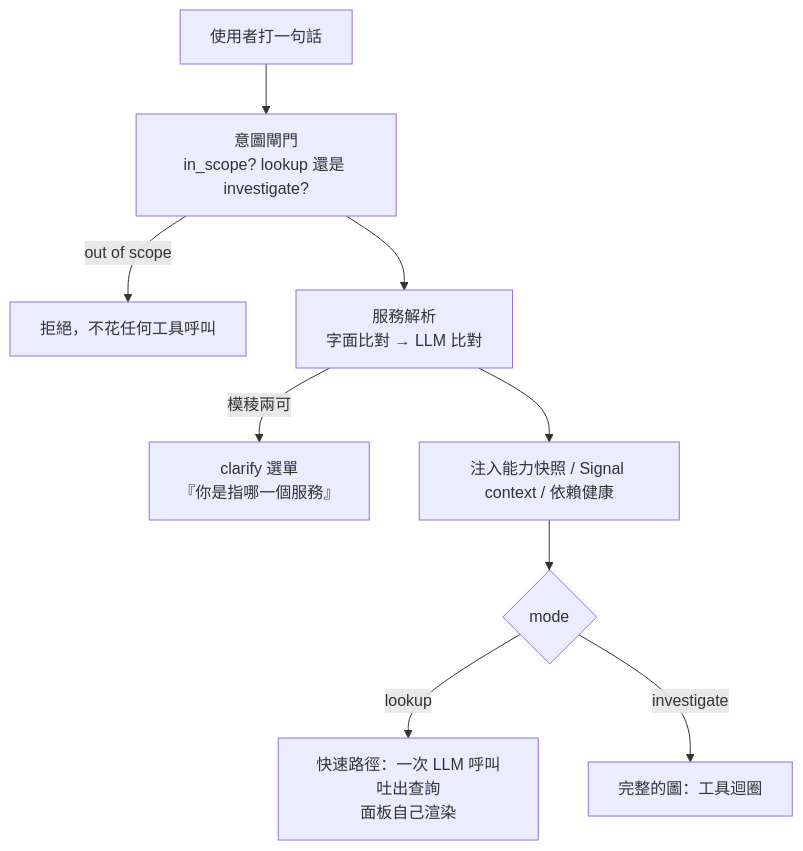
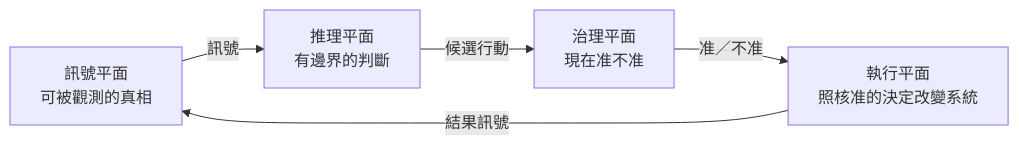
One commit to tedmax100/o11y-bench changed the first of 2 diagrams in weaver-demo/ironman-2026/day26.md. Above: the diagram before and after it, drawn with Mermaid. The commit also changed other lines of this file and 81 other files, not shown here.

````diff
--- a/weaver-demo/ironman-2026/day26.md
+++ b/weaver-demo/ironman-2026/day26.md
@@ -30,11 +37,7 @@
 ```mermaid
-flowchart TB
-    U["使用者打一句話"] --> I["意圖閘門<br/>in_scope? lookup 還是 investigate?"]
-    I -->|out of scope| R["拒絕，不花任何工具呼叫"]
-    I --> S["服務解析<br/>字面比對 → LLM 比對"]
-    S -->|模稜兩可| C["clarify 選單<br/>『你是指哪一個服務』"]
-    S --> INJ["注入能力快照 / Signal context / 依賴健康"]
-    INJ --> M{"mode"}
-    M -->|lookup| F["快速路徑：一次 LLM 呼叫吐出查詢<br/>面板自己渲染"]
-    M -->|investigate| G["完整的圖：工具迴圈"]
+flowchart LR
+    S["訊號平面<br/>可被觀測的真相"] -->|"訊號"| R["推理平面<br/>有邊界的判斷"]
+    R -->|"候選行動"| G["治理平面<br/>現在准不准"]
+    G -->|"准／不准"| E["執行平面<br/>照核准的決定改變系統"]
+    E -->|"結果訊號"| S
 ```
````
